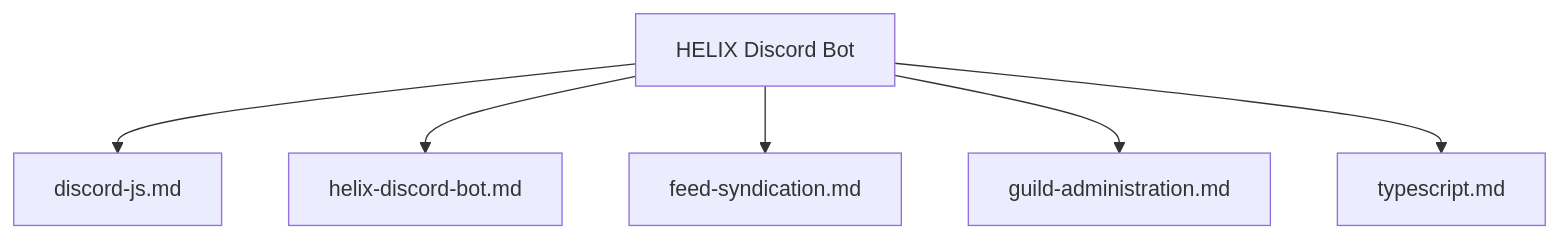
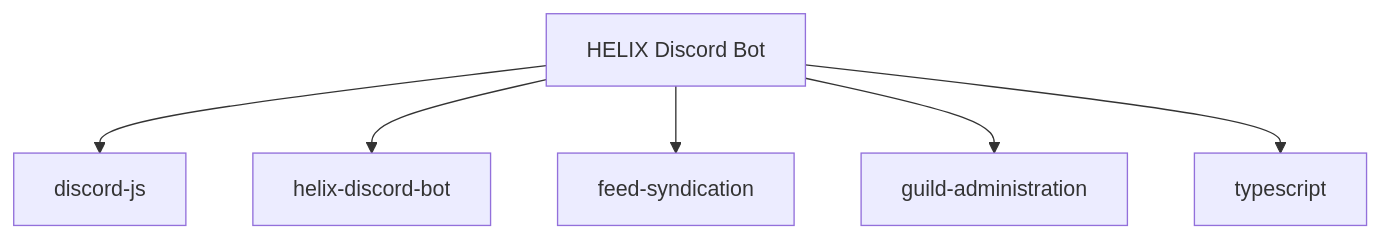
The diagram in .agents/skills/index.md (HELIX-Origin/HELIX-Discord-Bot), drawn with Mermaid before and after one commit. The commit also changed other lines of this file and 47 other files, not shown here.

````diff
--- a/.agents/skills/index.md
+++ b/.agents/skills/index.md
@@ -23,8 +23,8 @@
 ```mermaid
 flowchart TD
-    Helix[HELIX Discord Bot] --> Discord[discord-js.md]
-    Helix --> Workflow[helix-discord-bot.md]
-    Helix --> Feeds[feed-syndication.md]
-    Helix --> Admin[guild-administration.md]
-    Helix --> TS[typescript.md]
+    Helix[HELIX Discord Bot] --> Discord[discord-js]
+    Helix --> Workflow[helix-discord-bot]
+    Helix --> Feeds[feed-syndication]
+    Helix --> Admin[guild-administration]
+    Helix --> TS[typescript]
 ```
````
